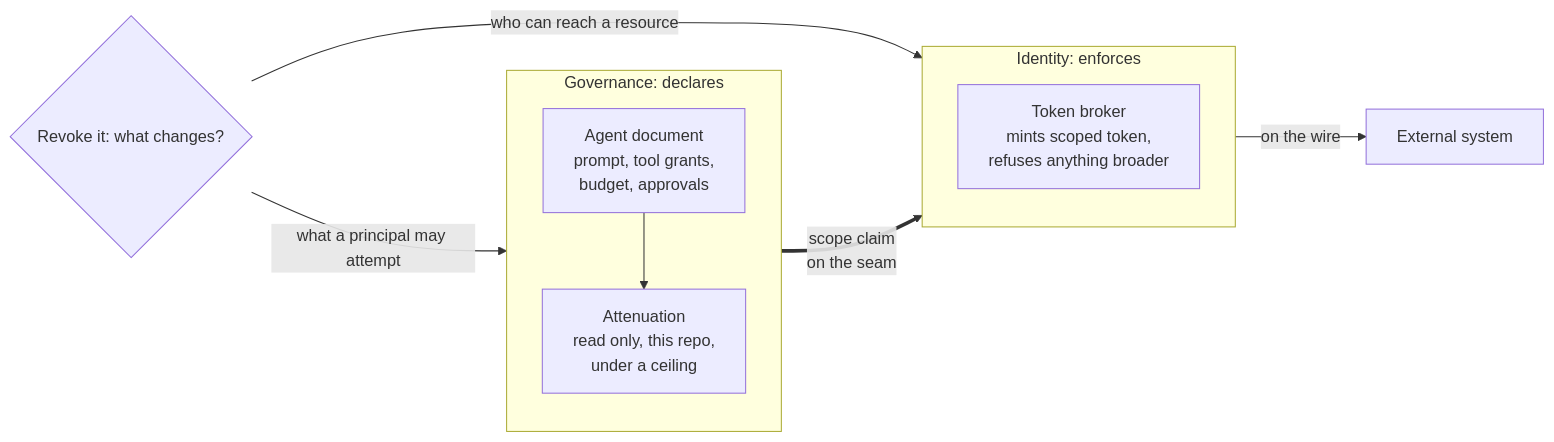
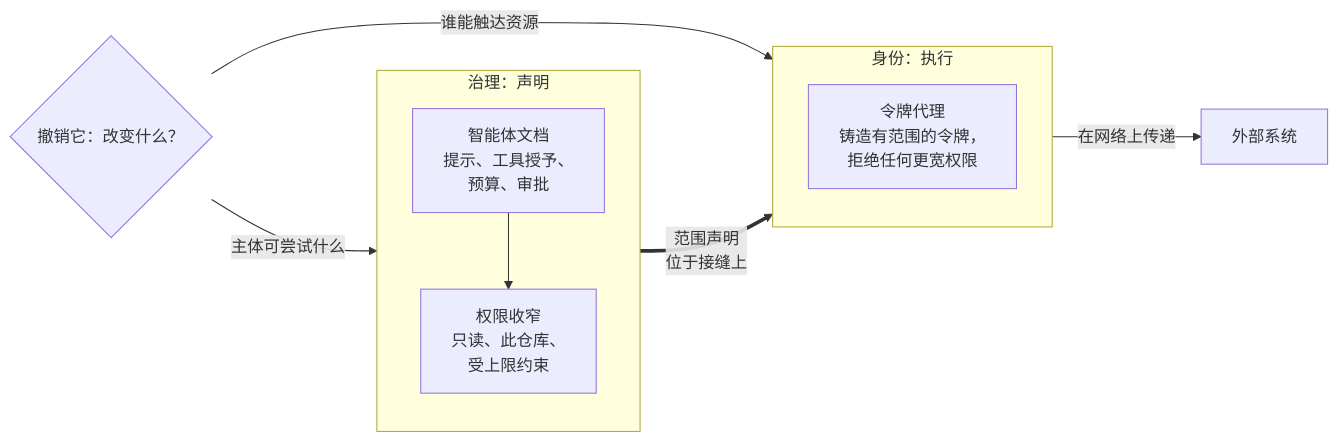
Before and after one commit to latere-ai/ai-as-an-infrastructure: the third of 3 diagrams in zh/safety/03-security-authorization.qmd, drawn with Mermaid. The commit also changed other lines of this file and 273 other files, not shown here.

Commit message:
docs: localize Chinese diagrams

````diff
--- a/zh/safety/03-security-authorization.qmd
+++ b/zh/safety/03-security-authorization.qmd
@@ -78,20 +78,20 @@
 ```{mermaid}
 %%| label: fig-security-declares-enforces
 %%| fig-cap: "治理声明一项收窄，身份执行它，方式是铸造一个恰好被收窄到那个范围的令牌。scope 声明坐落在接缝上。撤销检验指明某项关注由哪个底座拥有：谁能触达属于身份，可尝试什么属于治理。"
 flowchart LR
-  subgraph GOV["Governance: declares"]
+  subgraph GOV["治理：声明"]
     direction TB
-    doc["Agent document<br/>prompt, tool grants,<br/>budget, approvals"]
-    att["Attenuation<br/>read only, this repo,<br/>under a ceiling"]
+    doc["智能体文档<br/>提示、工具授予、<br/>预算、审批"]
+    att["权限收窄<br/>只读、此仓库、<br/>受上限约束"]
     doc --> att
   end
-  subgraph ID["Identity: enforces"]
+  subgraph ID["身份：执行"]
     direction TB
-    mint["Token broker<br/>mints scoped token,<br/>refuses anything broader"]
+    mint["令牌代理<br/>铸造有范围的令牌，<br/>拒绝任何更宽权限"]
   end
-  att ==>|"scope claim<br/>on the seam"| mint
-  mint -->|"on the wire"| ext["External system"]
-  rev{"Revoke it: what changes?"}
-  rev -->|"who can reach a resource"| ID
-  rev -->|"what a principal may attempt"| GOV
+  att ==>|"范围声明<br/>位于接缝上"| mint
+  mint -->|"在网络上传递"| ext["外部系统"]
+  rev{"撤销它：改变什么？"}
+  rev -->|"谁能触达资源"| ID
+  rev -->|"主体可尝试什么"| GOV
 ```
````
